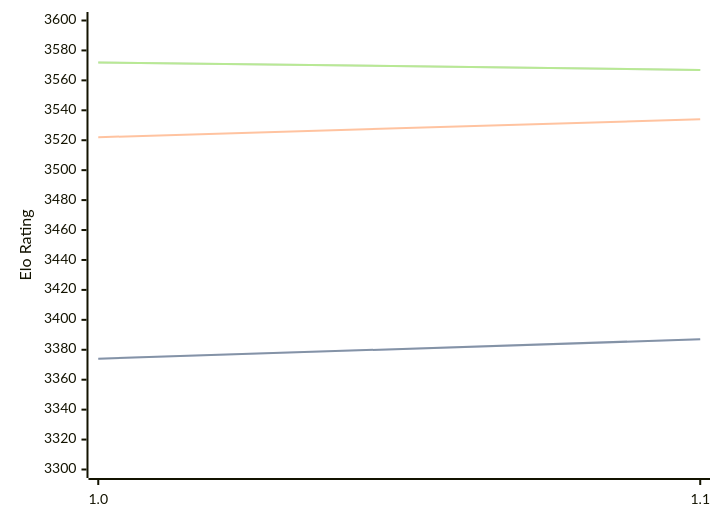
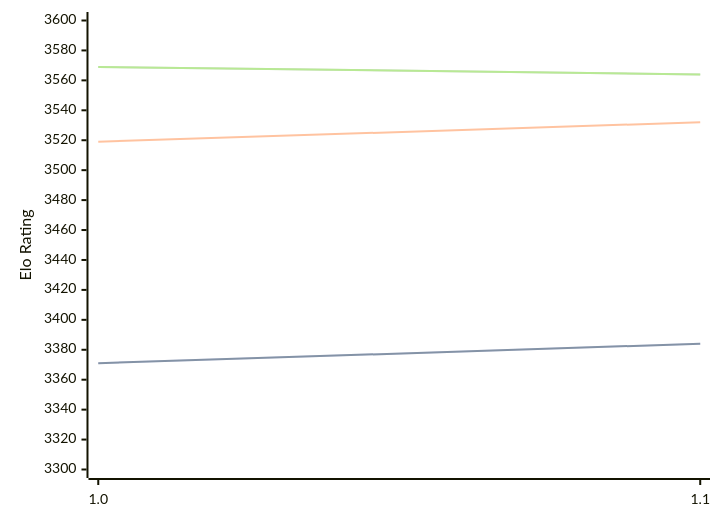
Before and after one commit to computer-chess-index/cci: the diagram in engines/Horsie.md, drawn with Mermaid. The commit also changed other lines of this file, not shown here.

Commit message:
Update CCI Ratings (ELO VLTC) - 2026-04-23

````diff
--- a/engines/Horsie.md
+++ b/engines/Horsie.md
@@ -32,11 +32,11 @@
 ```mermaid
 %%{init: {"theme":"base","themeVariables":{"seriesColors:['#a3a3a3','#222221','#faa371']}}}%%
 xychart-beta
   x-axis ["1.0", "1.1"]
   y-axis "Elo Rating" 3300 --> 3600
-  line "STC (8.0+0.08s)" [3374, 3387]
-  line "STC (8.0+0.08s)" [3374, 3387]
-  line "LTC (60.0+0.60s)" [3522, 3534]
-  line "VLTC (2m24s+1.12s)" [3572, 3567]
-  line "VLTC (2m24s+1.12s)" [3572, 3567]
+  line "STC (8.0+0.08s)" [3371, 3384]
+  line "STC (8.0+0.08s)" [3371, 3384]
+  line "LTC (60.0+0.60s)" [3519, 3532]
+  line "VLTC (2m24s+1.12s)" [3569, 3564]
+  line "VLTC (2m24s+1.12s)" [3569, 3564]
 ```
````
